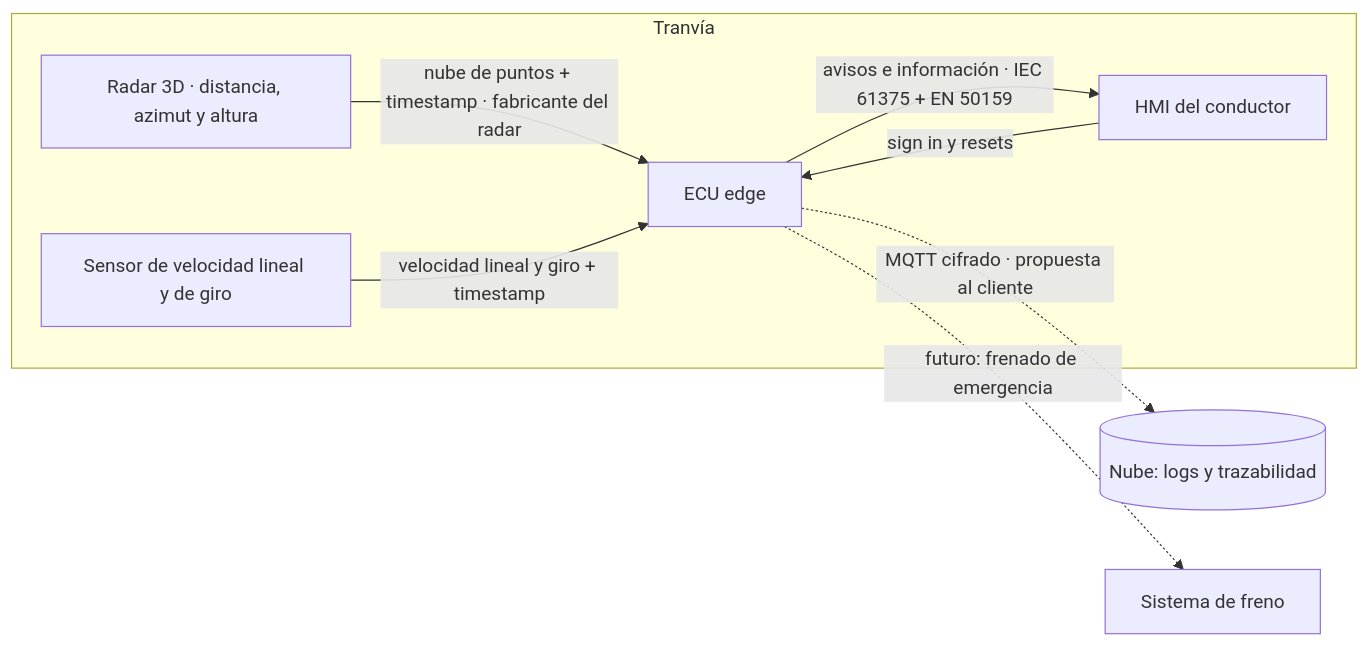
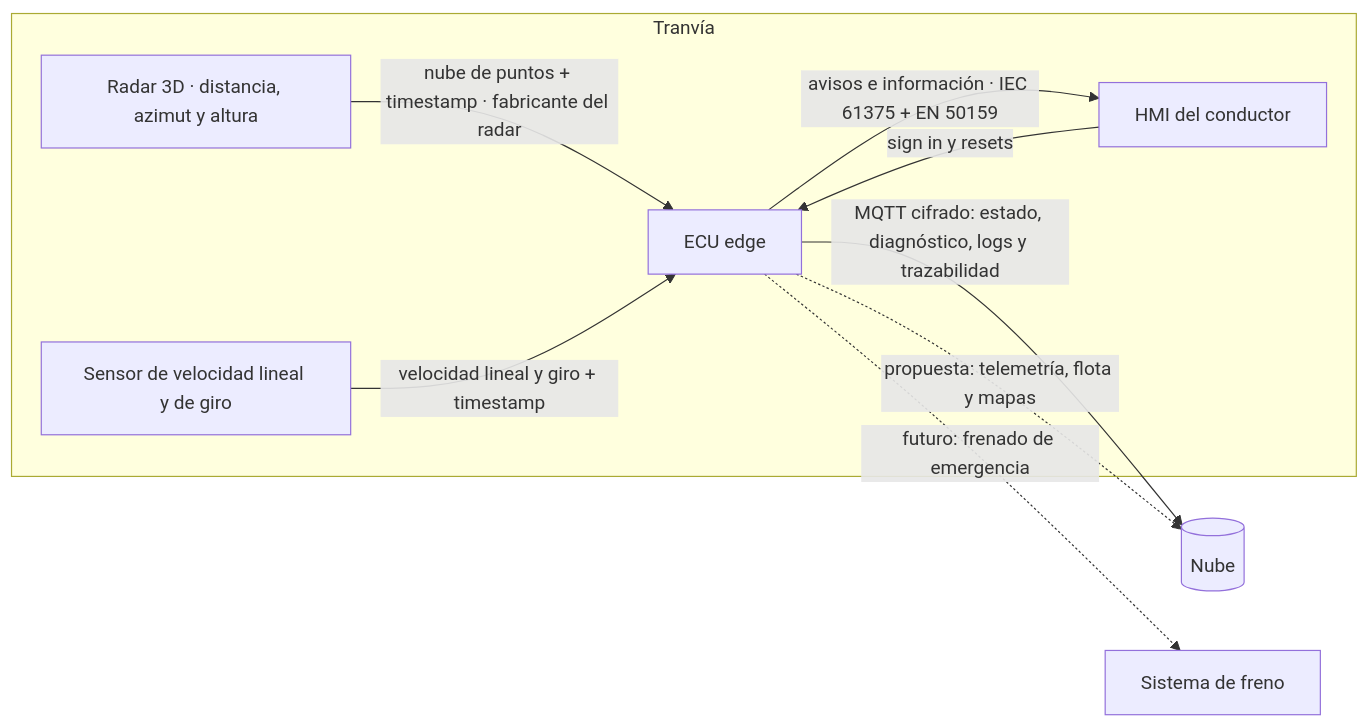
One commit to buzondealiciagarcia-cmyk/prueba-tecnica-saf changed the diagram in docs/02-diseno/diagramas/arquitectura-hw.mmd. Above: the diagram before and after it, drawn with Mermaid. The commit also changed 5 other files, not shown here.

```diff
--- a/docs/02-diseno/diagramas/arquitectura-hw.mmd
+++ b/docs/02-diseno/diagramas/arquitectura-hw.mmd
@@ -1,13 +1,14 @@
 flowchart LR
   subgraph Tranvía
     RAD[Radar 3D · distancia, azimut y altura]
     VEL[Sensor de velocidad lineal y de giro]
     ECU[ECU edge]:::hl
     HMI[HMI del conductor]
   end
   RAD -->|nube de puntos + timestamp · fabricante del radar| ECU
   VEL -->|velocidad lineal y giro + timestamp| ECU
   ECU -->|avisos e información · IEC 61375 + EN 50159| HMI
   HMI -->|sign in y resets| ECU
-  ECU -.->|MQTT cifrado · propuesta al cliente| NUBE[(Nube: logs y trazabilidad)]:::muted
+  ECU -->|MQTT cifrado: estado, diagnóstico, logs y trazabilidad| NUBE[(Nube)]
+  ECU -.->|propuesta: telemetría, flota y mapas| NUBE
   ECU -.->|futuro: frenado de emergencia| FRE[Sistema de freno]:::muted
```
